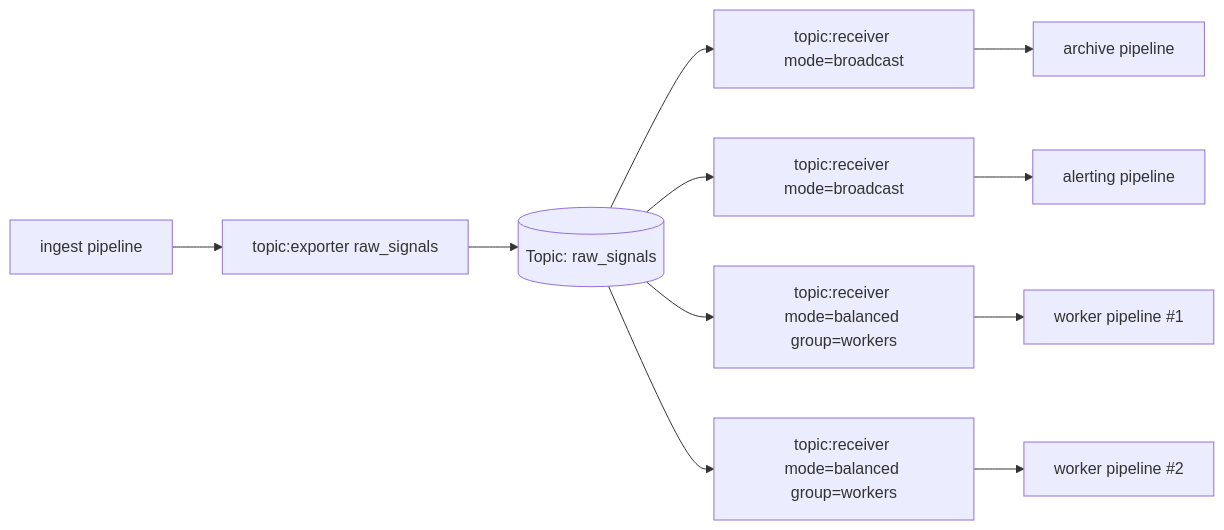
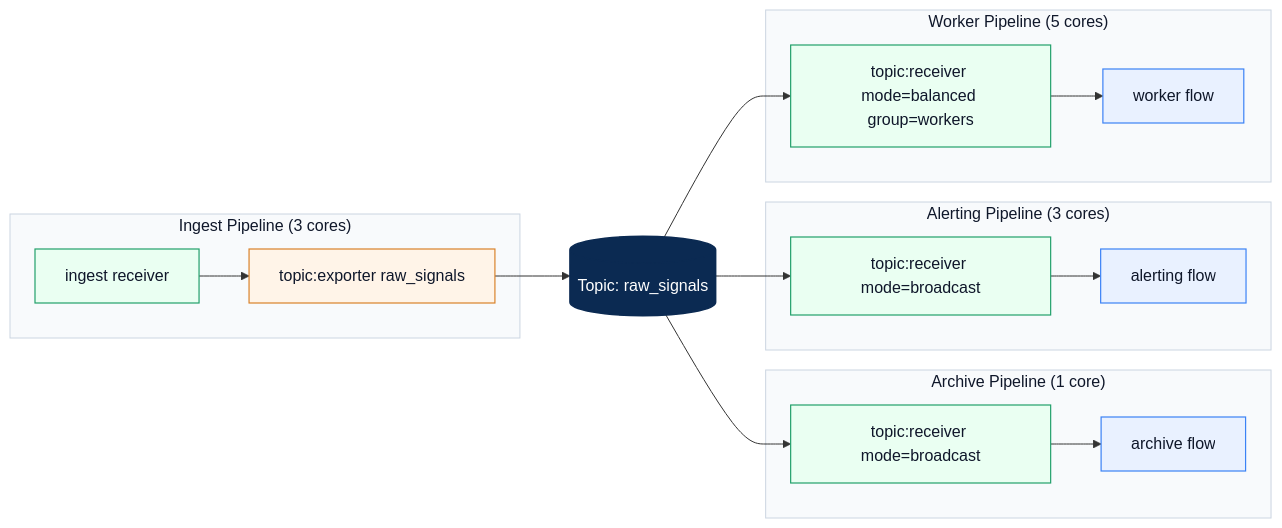
One commit to lquerel/otel-arrow changed the third of 3 diagrams in rust/otap-dataflow/crates/engine/README.md. Above: the diagram before and after it, drawn with Mermaid. The commit also changed other lines of this file, not shown here.

Commit message:
Improve mermaid diagrams

````diff
--- a/rust/otap-dataflow/crates/engine/README.md
+++ b/rust/otap-dataflow/crates/engine/README.md
@@ -119,10 +147,38 @@
 ```mermaid
+%%{init: {"theme":"base","themeVariables":{"fontFamily":"ui-sans-serif,system-ui,-apple-system,'Segoe UI',Roboto,'Helvetica Neue',Arial","primaryTextColor":"#0f172a","lineColor":"#64748b","background":"#ffffff"},"flowchart":{"curve":"basis","nodeSpacing":36,"rankSpacing":52}}}%%
 flowchart LR
-    I["ingest pipeline"] --> EX["topic:exporter raw_signals"]
+    subgraph ING["Ingest Pipeline (3 cores)"]
+        I["ingest receiver"] --> EX["topic:exporter raw_signals"]
+    end
+
     EX --> T[(Topic: raw_signals)]
 
-    T --> AR["topic:receiver mode=broadcast"] --> AP["archive pipeline"]
-    T --> LR["topic:receiver mode=broadcast"] --> AL["alerting pipeline"]
-    T --> WR1["topic:receiver mode=balanced group=workers"] --> W1["worker pipeline #1"]
-    T --> WR2["topic:receiver mode=balanced group=workers"] --> W2["worker pipeline #2"]
+    subgraph ARCH["Archive Pipeline (1 core)"]
+        AR["topic:receiver mode=broadcast"] --> AP["archive flow"]
+    end
+
+    subgraph ALERT["Alerting Pipeline (3 cores)"]
+        LR["topic:receiver mode=broadcast"] --> AL["alerting flow"]
+    end
+
+    subgraph WORK["Worker Pipeline (5 cores)"]
+        WR["topic:receiver mode=balanced group=workers"] --> WP["worker flow"]
+    end
+
+    T --> AR
+    T --> LR
+    T --> WR
+
+    classDef topic fill:#0b2a52,stroke:#0b2a52,color:#ffffff,stroke-width:1.5px;
+    classDef receiver fill:#eafff2,stroke:#22a06b,color:#0f172a,stroke-width:1.2px;
+    classDef exporter fill:#fff4e8,stroke:#d9822b,color:#0f172a,stroke-width:1.2px;
+    classDef pipeline fill:#e9f1ff,stroke:#3b82f6,color:#0f172a,stroke-width:1.2px;
+    class I,AR,LR,WR receiver;
+    class EX exporter;
+    class AP,AL,WP pipeline;
+    class T topic;
+    style ING fill:#f8fafc,stroke:#cbd5e1,stroke-width:1px,color:#0f172a;
+    style ARCH fill:#f8fafc,stroke:#cbd5e1,stroke-width:1px,color:#0f172a;
+    style ALERT fill:#f8fafc,stroke:#cbd5e1,stroke-width:1px,color:#0f172a;
+    style WORK fill:#f8fafc,stroke:#cbd5e1,stroke-width:1px,color:#0f172a;
 ```
````
